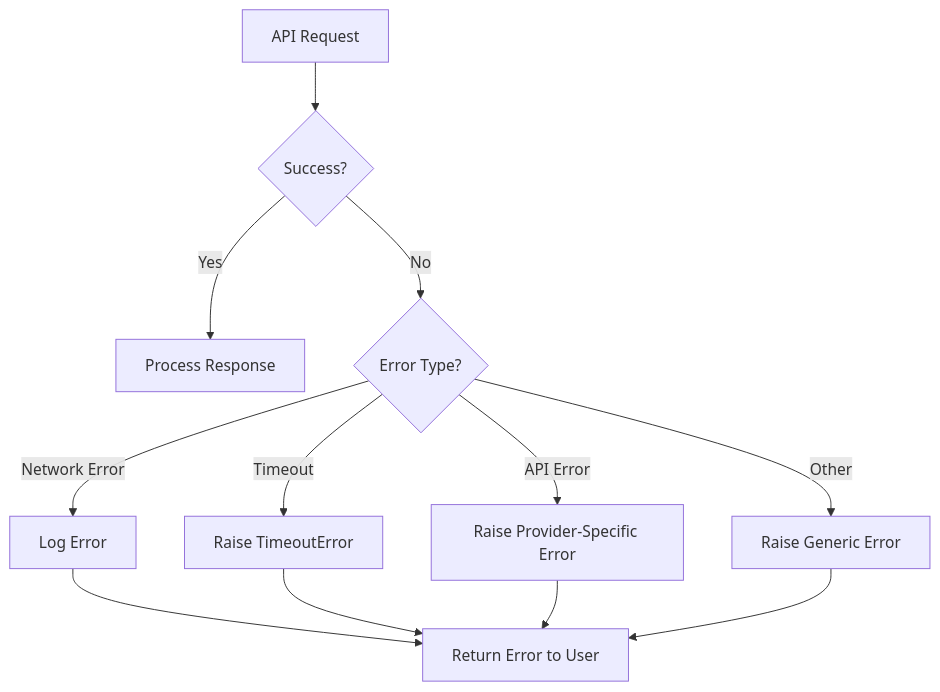
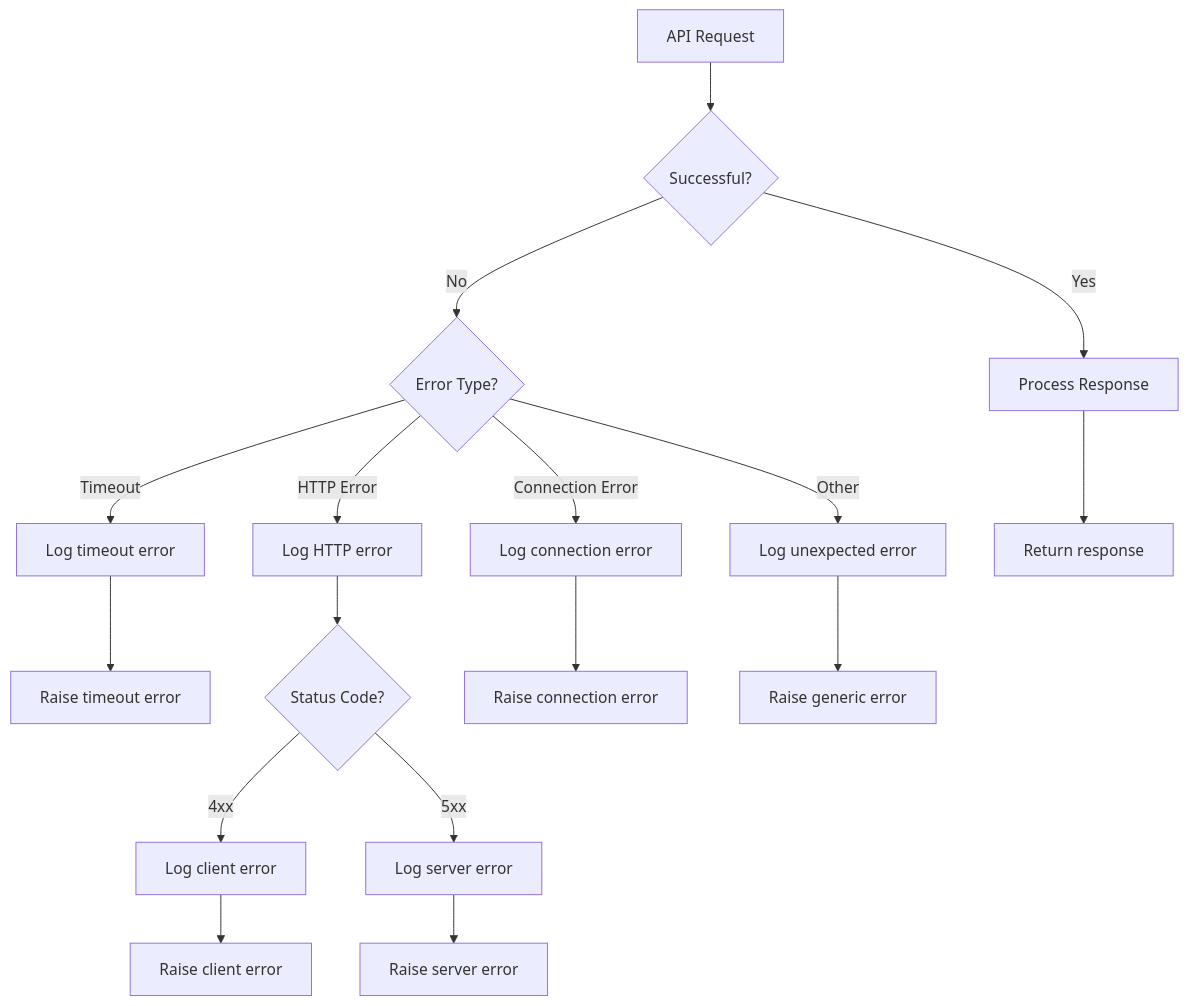
The eighth of 9 diagrams in docs/data_flow.md (lpalbou/AbstractLLM), drawn with Mermaid before and after one commit. The commit also changed other lines of this file and 32 other files, not shown here.

````diff
--- a/docs/data_flow.md
+++ b/docs/data_flow.md
@@ -325,16 +615,26 @@
 ```mermaid
 flowchart TD
-    A[API Request] --> B{Success?}
-    B -- Yes --> C[Process Response]
-    B -- No --> D{Error Type?}
+    A[API Request] --> B{Successful?}
+    B -->|Yes| C[Process Response]
+    B -->|No| D{Error Type?}
     
-    D -- Network Error --> E[Log Error]
-    D -- Timeout --> F[Raise TimeoutError]
-    D -- API Error --> G[Raise Provider-Specific Error]
-    D -- Other --> H[Raise Generic Error]
+    D -->|Timeout| E[Log timeout error]
+    E --> F[Raise timeout error]
     
-    E --> I[Return Error to User]
-    F --> I
-    G --> I
-    H --> I
+    D -->|HTTP Error| G[Log HTTP error]
+    G --> H{Status Code?}
+    
+    H -->|4xx| I[Log client error]
+    I --> J[Raise client error]
+    
+    H -->|5xx| K[Log server error]
+    K --> L[Raise server error]
+    
+    D -->|Connection Error| M[Log connection error]
+    M --> N[Raise connection error]
+    
+    D -->|Other| O[Log unexpected error]
+    O --> P[Raise generic error]
+    
+    C --> Q[Return response]
 ```
````
